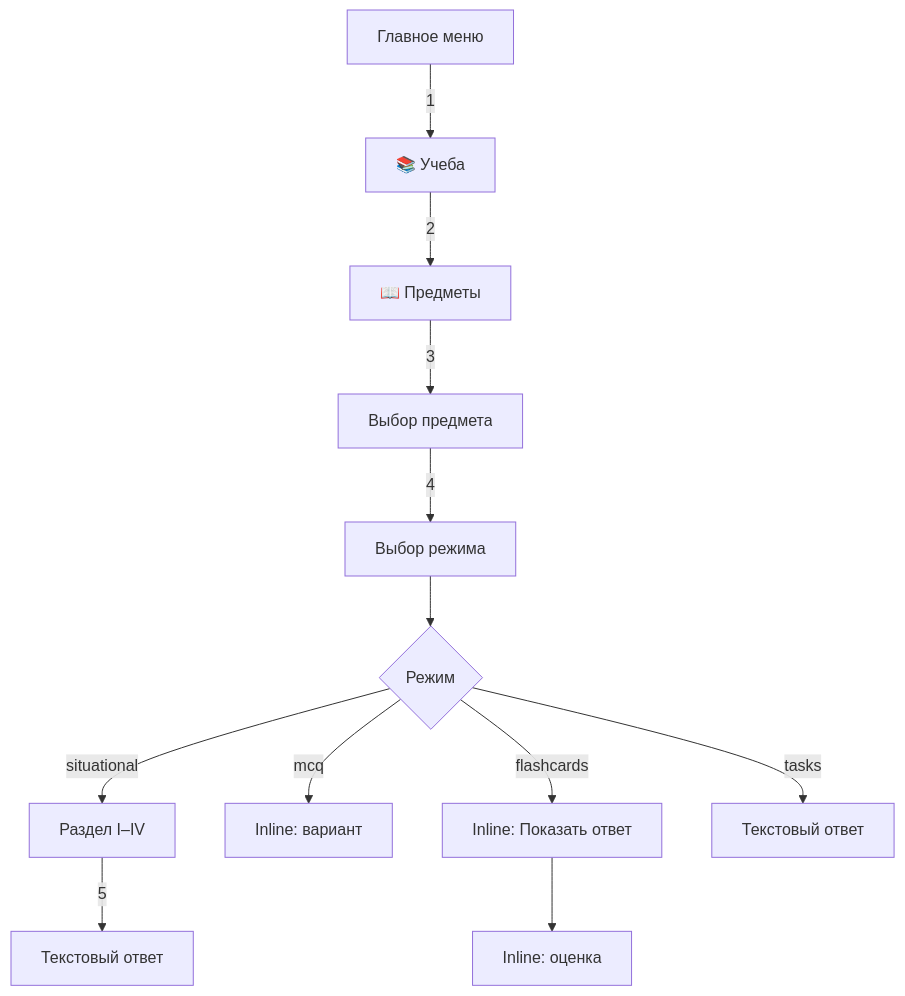
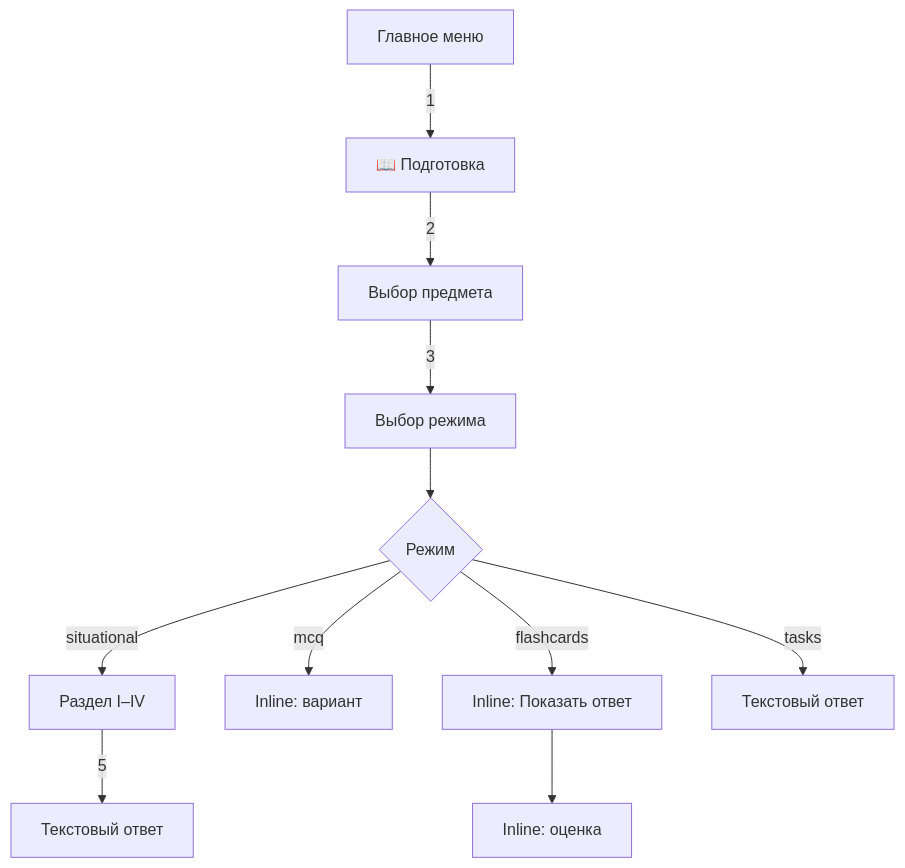
Before and after one commit to zerocious/Palph: the fourth of 10 diagrams in user-flows.md, drawn with Mermaid. The commit also changed other lines of this file and 98 other files, not shown here.

````diff
--- a/user-flows.md
+++ b/user-flows.md
@@ -125,16 +126,15 @@
 ```mermaid
 flowchart TD
-    M["Главное меню"] -->|1| S["📚 Учеба"]
-    S -->|2| Q["📖 Предметы"]
-    Q -->|3| SUB["Выбор предмета"]
-    SUB -->|4| MODE["Выбор режима"]
+    M["Главное меню"] -->|1| Q["📖 Подготовка"]
+    Q -->|2| SUB["Выбор предмета"]
+    SUB -->|3| MODE["Выбор режима"]
     MODE --> BRANCH{Режим}
 
     BRANCH -->|situational| SEC["Раздел I–IV"]
     SEC -->|5| ANS["Текстовый ответ"]
 
     BRANCH -->|mcq| MCQ["Inline: вариант"]
     BRANCH -->|flashcards| FC1["Inline: Показать ответ"]
     FC1 --> FC2["Inline: оценка"]
     BRANCH -->|tasks| TASK["Текстовый ответ"]
 ```
````
